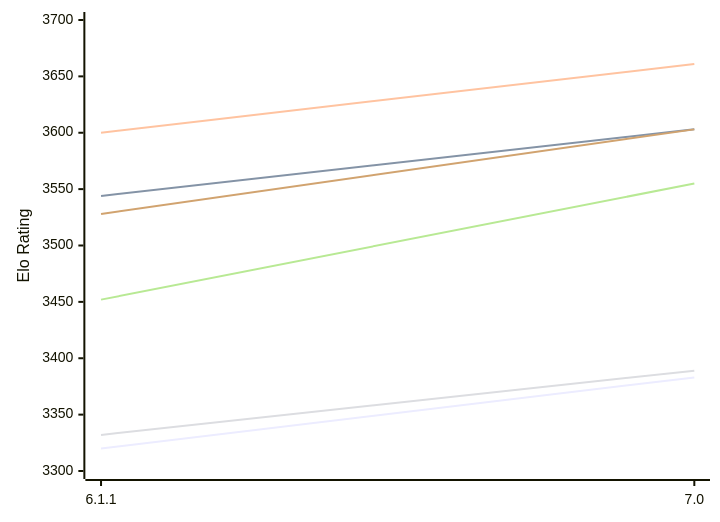
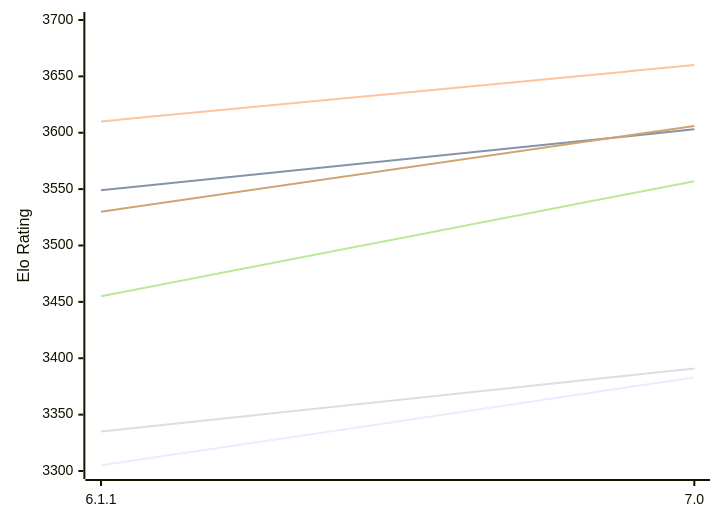
Before and after one commit to computer-chess-index/cci: the first of 2 diagrams in engines/Astra.md, drawn with Mermaid. The commit also changed other lines of this file, not shown here.

Commit message:
Update CCI Ratings (ELO VLTC) - 2026-11-24

````diff
--- a/engines/Astra.md
+++ b/engines/Astra.md
@@ -50,12 +50,12 @@
 ```mermaid
 %%{init: {"theme":"base","themeVariables":{"seriesColors:['#a3a3a3','#222221','#faa371']}}}%%
 xychart-beta
   x-axis ["6.1.1", "7.0"]
   y-axis "Elo Rating" 3300 --> 3700
-  line "E1: STC (8.0+0.08s)" [3320, 3383]
-  line "E1: LTC (60.0+0.60s)" [3544, 3603]
-  line "E1: VLTC (2m24s+1.12s)" [3600, 3661]
-  line "P1: STC (8.0+0.08s)" [3332, 3389]
-  line "P1: LTC (60.0+0.60s)" [3452, 3555]
-  line "P1: VLTC (2m24s+1.12s)" [3528, 3603]
+  line "E1: STC (8.0+0.08s)" [3305, 3383]
+  line "E1: LTC (60.0+0.60s)" [3549, 3603]
+  line "E1: VLTC (2m24s+1.12s)" [3610, 3660]
+  line "P1: STC (8.0+0.08s)" [3335, 3391]
+  line "P1: LTC (60.0+0.60s)" [3455, 3557]
+  line "P1: VLTC (2m24s+1.12s)" [3530, 3606]
 ```
````
